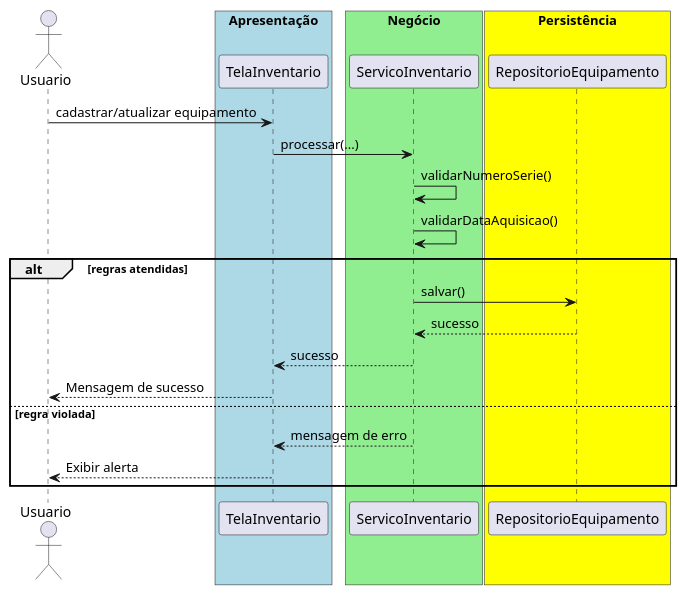
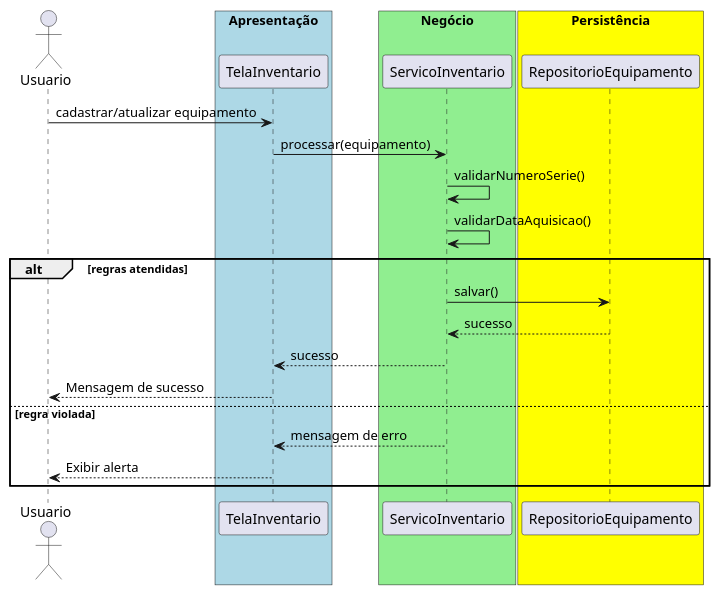
One commit to 20261-ifba-saj-ads-poo/blog changed the diagram in src/trabalhos/Trabalho13.md. Above: the diagram before and after it, drawn with PlantUML. The commit also changed other lines of this file and 35 other files, not shown here.

````diff
--- a/src/trabalhos/Trabalho13.md
+++ b/src/trabalhos/Trabalho13.md
@@ -28,27 +28,27 @@
 ```plantuml{kroki=true}
 @startuml
 actor Usuario
 box "Apresentação" #lightblue
     participant TelaInventario
 end box
 box "Negócio" #lightgreen
     participant ServicoInventario
 end box
 box "Persistência" #yellow
     participant RepositorioEquipamento
 end box
 Usuario -> TelaInventario : cadastrar/atualizar equipamento
-TelaInventario -> ServicoInventario : processar(...)
+TelaInventario -> ServicoInventario : processar(equipamento)
 ServicoInventario -> ServicoInventario : validarNumeroSerie()
 ServicoInventario -> ServicoInventario : validarDataAquisicao()
 alt regras atendidas
     ServicoInventario -> RepositorioEquipamento : salvar()
     RepositorioEquipamento --> ServicoInventario : sucesso
     ServicoInventario --> TelaInventario : sucesso
     TelaInventario --> Usuario : Mensagem de sucesso
 else regra violada
     ServicoInventario --> TelaInventario : mensagem de erro
     TelaInventario --> Usuario : Exibir alerta
 end
 @enduml
 ```
````
